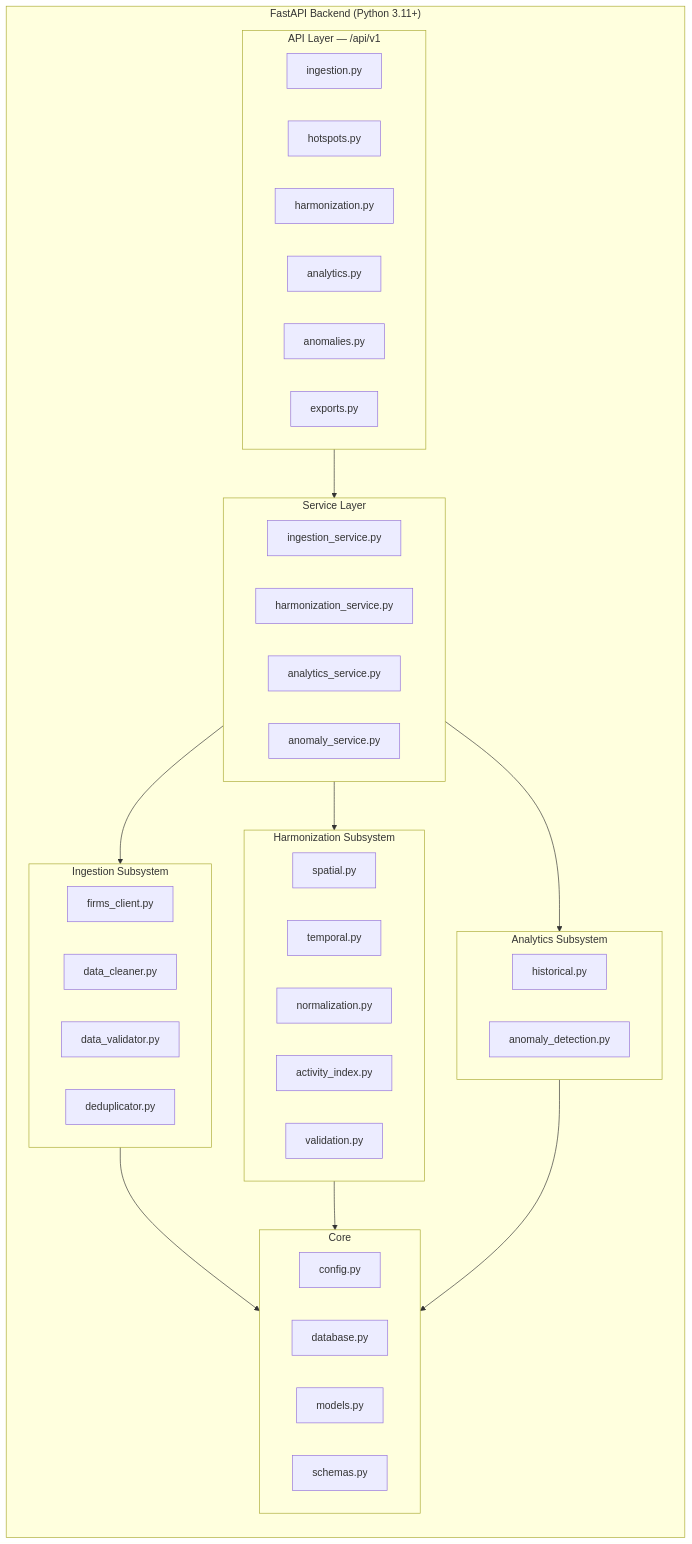
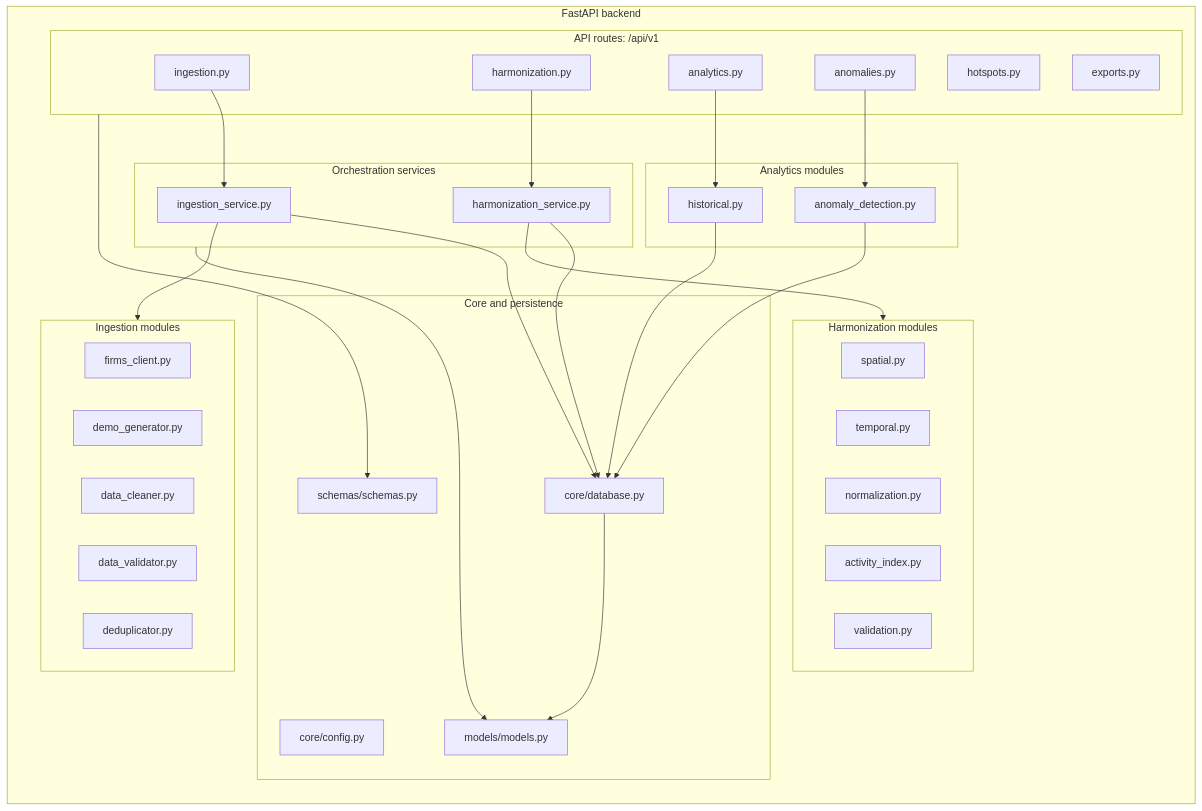
Before and after one commit to rid-coder-70/firedna: the second of 7 diagrams in docs/SYSTEM_ARCHITECTURE.md, drawn with Mermaid. The commit also changed other lines of this file and 4 other files, not shown here.

Commit message:
Enhance documentation: Update README, development roadmap, system architecture, and UI/UX design to reflect project status and clarify functionality

````diff
--- a/docs/SYSTEM_ARCHITECTURE.md
+++ b/docs/SYSTEM_ARCHITECTURE.md
@@ -58,49 +55,54 @@
 ```mermaid
 flowchart LR
-    subgraph Backend["FastAPI Backend (Python 3.11+)"]
-        subgraph API["API Layer — /api/v1"]
-            I1[ingestion.py]
-            I2[hotspots.py]
-            I3[harmonization.py]
-            I4[analytics.py]
-            I5[anomalies.py]
-            I6[exports.py]
+    subgraph Backend["FastAPI backend"]
+        subgraph Routes["API routes: /api/v1"]
+            IngestionAPI["ingestion.py"]
+            HotspotsAPI["hotspots.py"]
+            HarmonizationAPI["harmonization.py"]
+            AnalyticsAPI["analytics.py"]
+            AnomaliesAPI["anomalies.py"]
+            ExportsAPI["exports.py"]
         end
-        subgraph Services["Service Layer"]
-            S1[ingestion_service.py]
-            S2[harmonization_service.py]
-            S3[analytics_service.py]
-            S4[anomaly_service.py]
+        subgraph Services["Orchestration services"]
+            IngestionService["ingestion_service.py"]
+            HarmonizationService["harmonization_service.py"]
         end
-        subgraph Ingestion["Ingestion Subsystem"]
-            IN1[firms_client.py]
-            IN2[data_cleaner.py]
-            IN3[data_validator.py]
-            IN4[deduplicator.py]
+        subgraph Ingestion["Ingestion modules"]
+            FIRMSClient["firms_client.py"]
+            DemoGenerator["demo_generator.py"]
+            Cleaner["data_cleaner.py"]
+            Validator["data_validator.py"]
+            Deduplicator["deduplicator.py"]
         end
-        subgraph Harmonization["Harmonization Subsystem"]
-            H1[spatial.py]
-            H2[temporal.py]
-            H3[normalization.py]
-            H4[activity_index.py]
-            H5[validation.py]
+        subgraph Harmonization["Harmonization modules"]
+            Spatial["spatial.py"]
+            Temporal["temporal.py"]
+            Normalization["normalization.py"]
+            ActivityIndex["activity_index.py"]
+            Agreement["validation.py"]
         end
-        subgraph Analytics["Analytics Subsystem"]
-            AN1[historical.py]
-            AN2[anomaly_detection.py]
+        subgraph Analytics["Analytics modules"]
+            Historical["historical.py"]
+            AnomalyDetection["anomaly_detection.py"]
         end
-        subgraph Core["Core"]
-            C1[config.py]
-            C2[database.py]
-            C3[models.py]
-            C4[schemas.py]
+        subgraph Core["Core and persistence"]
+            Config["core/config.py"]
+            Database["core/database.py"]
+            Models["models/models.py"]
+            Schemas["schemas/schemas.py"]
         end
     end
-    API --> Services
-    Services --> Ingestion
-    Services --> Harmonization
-    Services --> Analytics
-    Ingestion --> Core
-    Harmonization --> Core
-    Analytics --> Core
+    IngestionAPI --> IngestionService
+    HarmonizationAPI --> HarmonizationService
+    AnalyticsAPI --> Historical
+    AnomaliesAPI --> AnomalyDetection
+    IngestionService --> Ingestion
+    HarmonizationService --> Harmonization
+    IngestionService --> Database
+    HarmonizationService --> Database
+    Historical --> Database
+    AnomalyDetection --> Database
+    Routes --> Schemas
+    Services --> Models
+    Database --> Models
 ```
````
